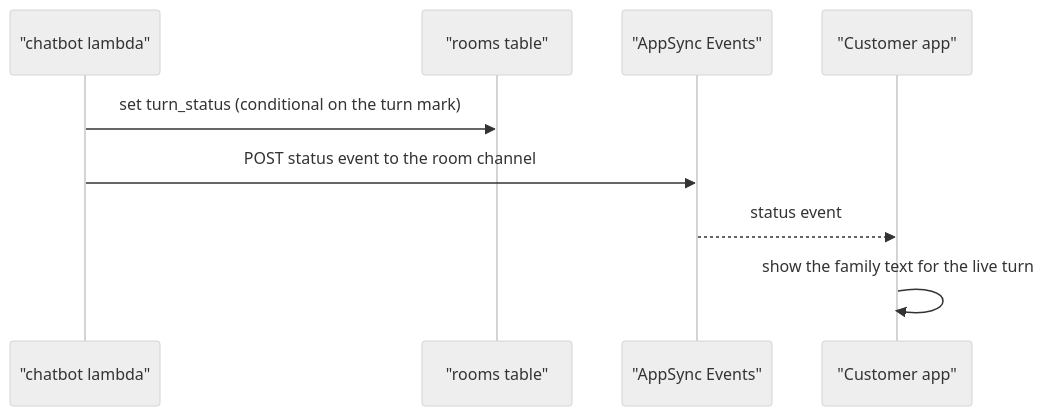
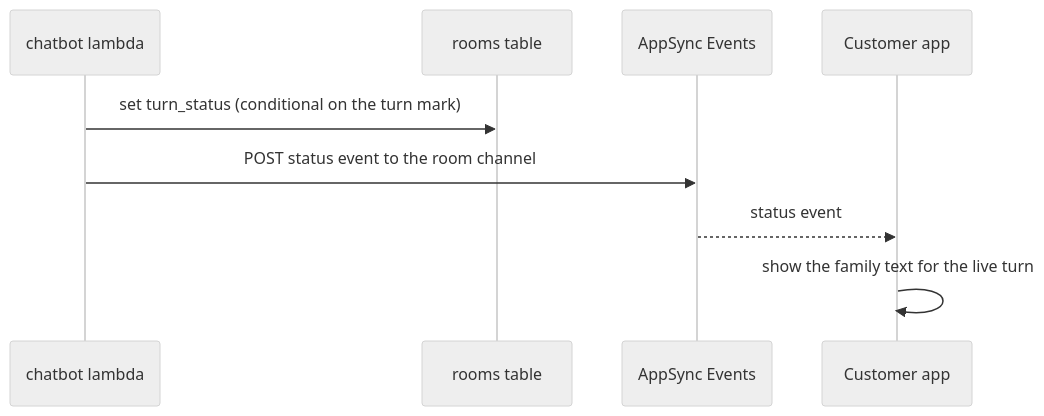
The eighth of 17 diagrams in docs/modules/assistant/flows.md (Team-ACGS/factored-hackathon-2026-acgs), drawn with Mermaid (neutral theme) before and after one commit. The commit also changed other lines of this file and 6 other files, not shown here.

Commit message:
docs(assistant,cases,data,identity,messaging): reviewer findings on flows and readme, round 2

````diff
--- a/docs/modules/assistant/flows.md
+++ b/docs/modules/assistant/flows.md
@@ -286,11 +294,11 @@
 ```mermaid
 sequenceDiagram
-  participant Chatbot as "chatbot lambda"
-  participant Rooms as "rooms table"
-  participant Events as "AppSync Events"
-  participant App as "Customer app"
+  participant Chatbot as chatbot lambda
+  participant Rooms as rooms table
+  participant Events as AppSync Events
+  participant App as Customer app
   Chatbot->>Rooms: set turn_status (conditional on the turn mark)
   Chatbot->>Events: POST status event to the room channel
   Events-->>App: status event
   App->>App: show the family text for the live turn
 ```
````
